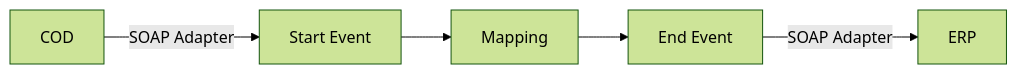
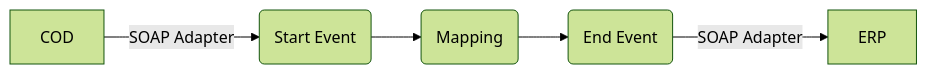
The diagram in MMZ - Cell Iflows/Check_Connectivity_to_SAP_Business_Suite_MMZ/1.0.4/readme.md (Avvale-IA-CICD/AvvaleCPI), drawn with Mermaid (forest theme) before and after one commit. The commit also changed other lines of this file, not shown here.

````diff
--- a/MMZ - Cell Iflows/Check_Connectivity_to_SAP_Business_Suite_MMZ/1.0.4/readme.md
+++ b/MMZ - Cell Iflows/Check_Connectivity_to_SAP_Business_Suite_MMZ/1.0.4/readme.md
@@ -4,13 +4,13 @@
 ```mermaid
 graph LR
     COD[COD]
     ERP[ERP]
-    Start[Start Event]
-    Mapping[Mapping]
-    End[End Event]
+    Start(Start Event)
+    Mapping(Mapping)
+    End(End Event)
 
     COD -- SOAP Adapter --> Start
     Start --> Mapping
     Mapping --> End
     End -- SOAP Adapter --> ERP
 ```
````
